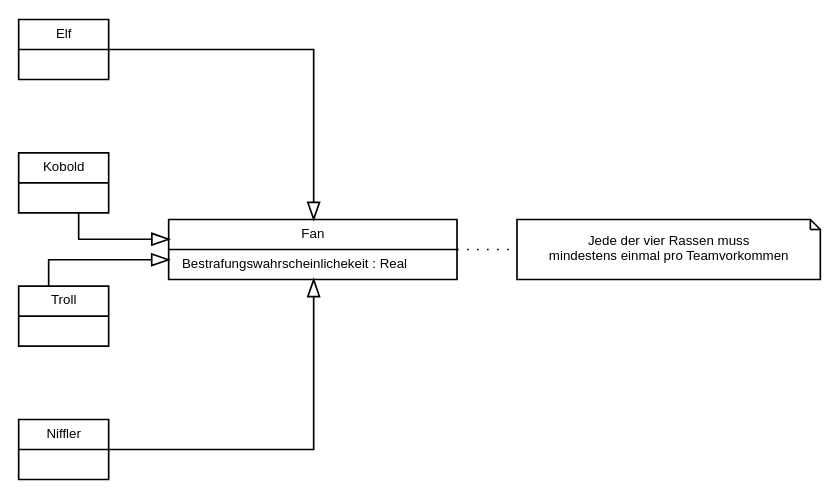
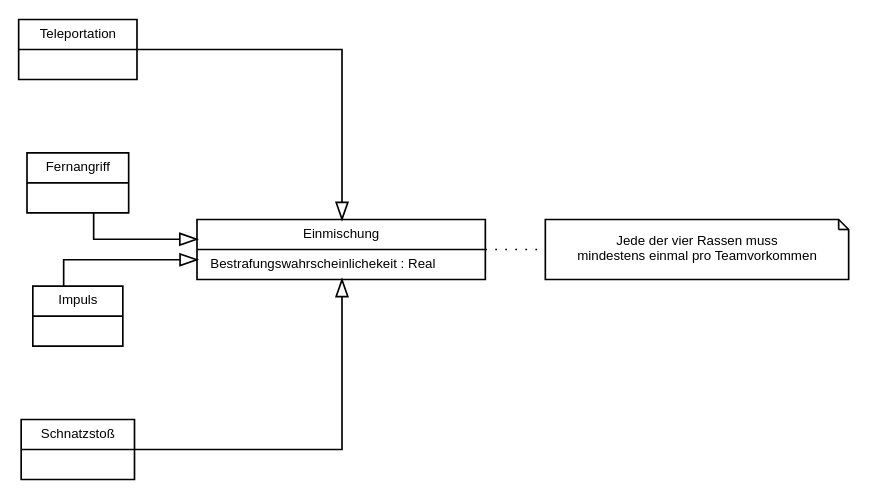
The diagram in Meilenstein01/fan.dot (SoPra-Team-10/SopraGruppe10), drawn with Graphviz before and after one commit.

Commit message:
Einmischung

```diff
--- a/Meilenstein01/fan.dot
+++ b/Meilenstein01/fan.dot
@@ -1,55 +1,55 @@
 digraph G {
     fontname = "Helvetica"
     fontsize = 8
     rankdir="LR";
     nodesep = "0.6"
     splines=ortho
 
     node [
         fontname = "Helvetica"
         fontsize = 8
         shape = "record"
     ]
 
     edge [
         fontname = "Helvetica"
         fontsize = 8
         arrowhead = "onormal"
         labeldistance = 2
     ]
 
     Fan [
-        label = "Fan|Bestrafungswahrscheinlichekeit : Real\l"
+        label = "Einmischung|Bestrafungswahrscheinlichekeit : Real\l"
     ]
 
     Elf [
-        label = "Elf|"
+        label = "Teleportation|"
     ]
 
     Kobold [
-        label = "Kobold|"
+        label = "Fernangriff|"
     ]
 
     Troll [
-        label = "Troll|"
+        label = "Impuls|"
     ]
 
     Niffler [
-        label = "Niffler|"
+        label = "Schnatzstoß|"
     ]
 
     Elf -> Fan
     Kobold -> Fan
     Troll -> Fan
     Niffler -> Fan
 
     FanAnn [
         label = "Jede der vier Rassen muss\nmindestens einmal pro Teamvorkommen"
         shape = "note"
     ]
 
     Fan -> FanAnn [
         arrowhead = "none"
         style = "dotted"
     ]
 }    
```
